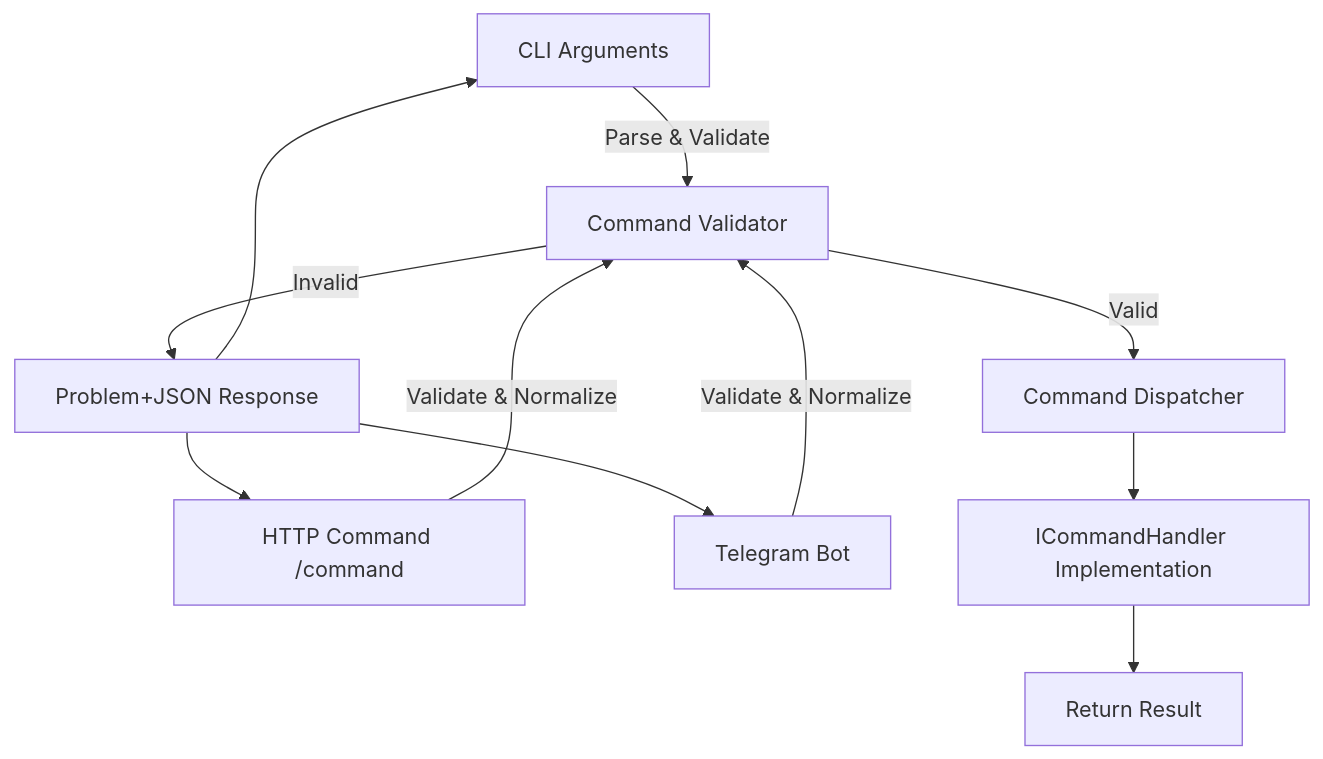
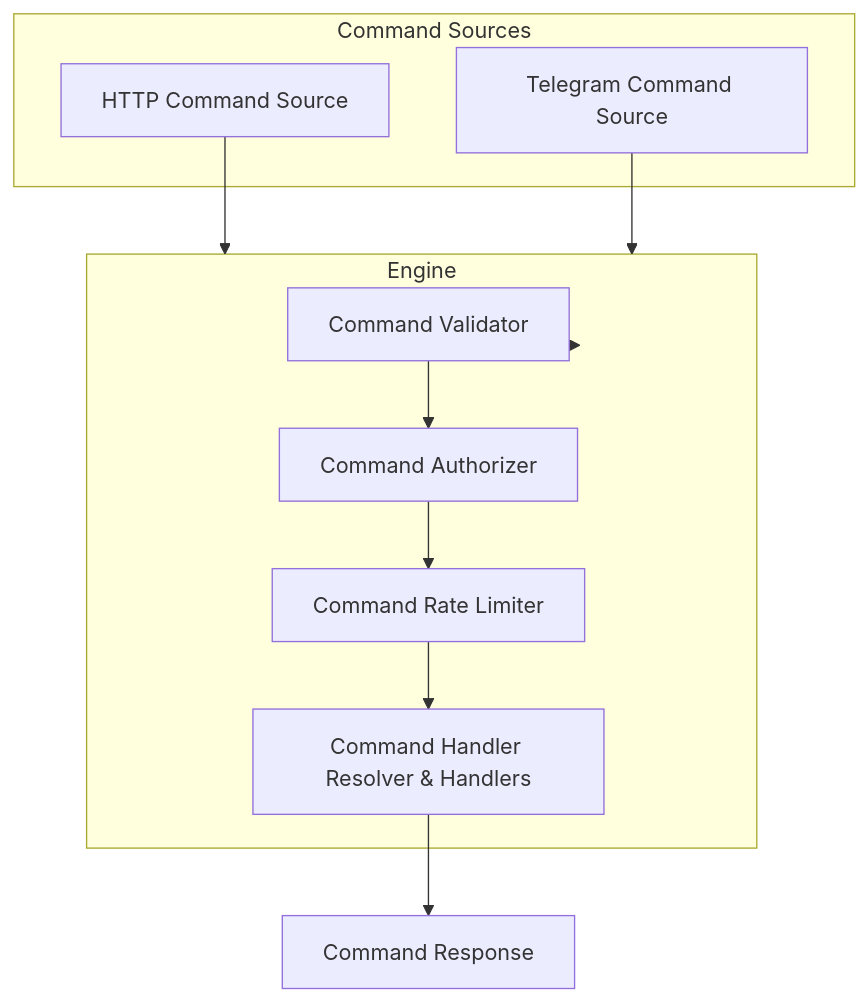
The diagram in README.md (isaaccandido/PlanktonProject), drawn with Mermaid before and after one commit. The commit also changed other lines of this file and 1 other file, not shown here.

````diff
--- a/README.md
+++ b/README.md
@@ -187,13 +95,22 @@
 ```mermaid
-graph TD
-  CLI[CLI Arguments] -->|Parse & Validate| Validator[Command Validator]
-  HTTP[HTTP Command /command] -->|Validate & Normalize| Validator
-  Telegram[Telegram Bot] -->|Validate & Normalize| Validator
-  Validator -->|Valid| Dispatcher[Command Dispatcher]
-  Dispatcher --> Handler[ICommandHandler Implementation]
-  Handler --> Response[Return Result]
-  Validator -->|Invalid| Error[Problem+JSON Response]
-  Error --> CLI
-  Error --> HTTP
-  Error --> Telegram
+flowchart TD
+    subgraph Command Sources
+        HTTP[HTTP Command Source]
+        Telegram[Telegram Command Source]
+    end
+
+    subgraph Engine
+        Validator[Command Validator]
+        Authorizer[Command Authorizer]
+        RateLimiter[Command Rate Limiter]
+        Handler[Command Handler Resolver & Handlers]
+    end
+
+    HTTP --> Engine
+    Telegram --> Engine
+    Engine --> Validator
+    Validator --> Authorizer
+    Authorizer --> RateLimiter
+    RateLimiter --> Handler
+    Handler --> Response[Command Response]
 ```
````
